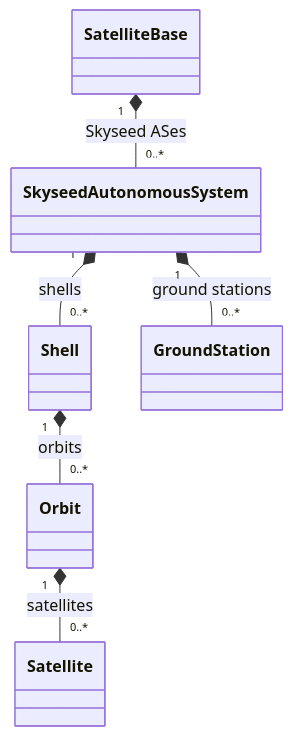
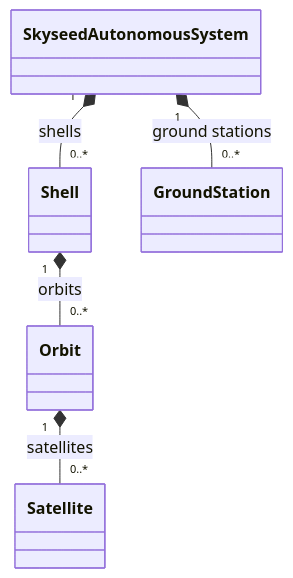
Before and after one commit to seed-labs/skyseed: the second of 4 diagrams in skyseed_v2/src/skyseed_v2/emulator/seedemu/README.md, drawn with Mermaid. The commit also changed other lines of this file and 52 other files, not shown here.

````diff
--- a/skyseed_v2/src/skyseed_v2/emulator/seedemu/README.md
+++ b/skyseed_v2/src/skyseed_v2/emulator/seedemu/README.md
@@ -22,15 +20,13 @@
 ```mermaid
 classDiagram
-    class SatelliteBase
     class SkyseedAutonomousSystem
     class Shell
     class Orbit
     class Satellite
     class GroundStation
 
-    SatelliteBase "1" *-- "0..*" SkyseedAutonomousSystem : Skyseed ASes
     SkyseedAutonomousSystem "1" *-- "0..*" GroundStation : ground stations
     SkyseedAutonomousSystem "1" *-- "0..*" Shell : shells
     Shell "1" *-- "0..*" Orbit : orbits
     Orbit "1" *-- "0..*" Satellite : satellites
 ```
````
